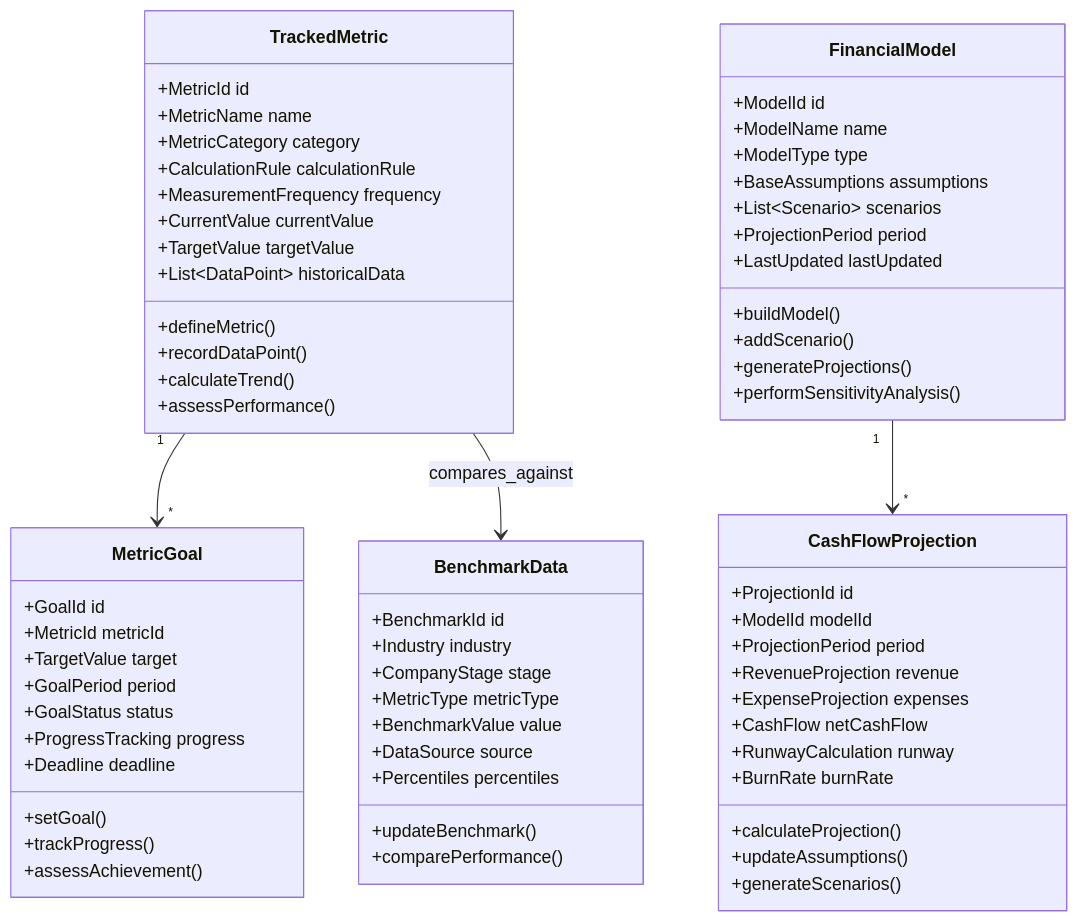
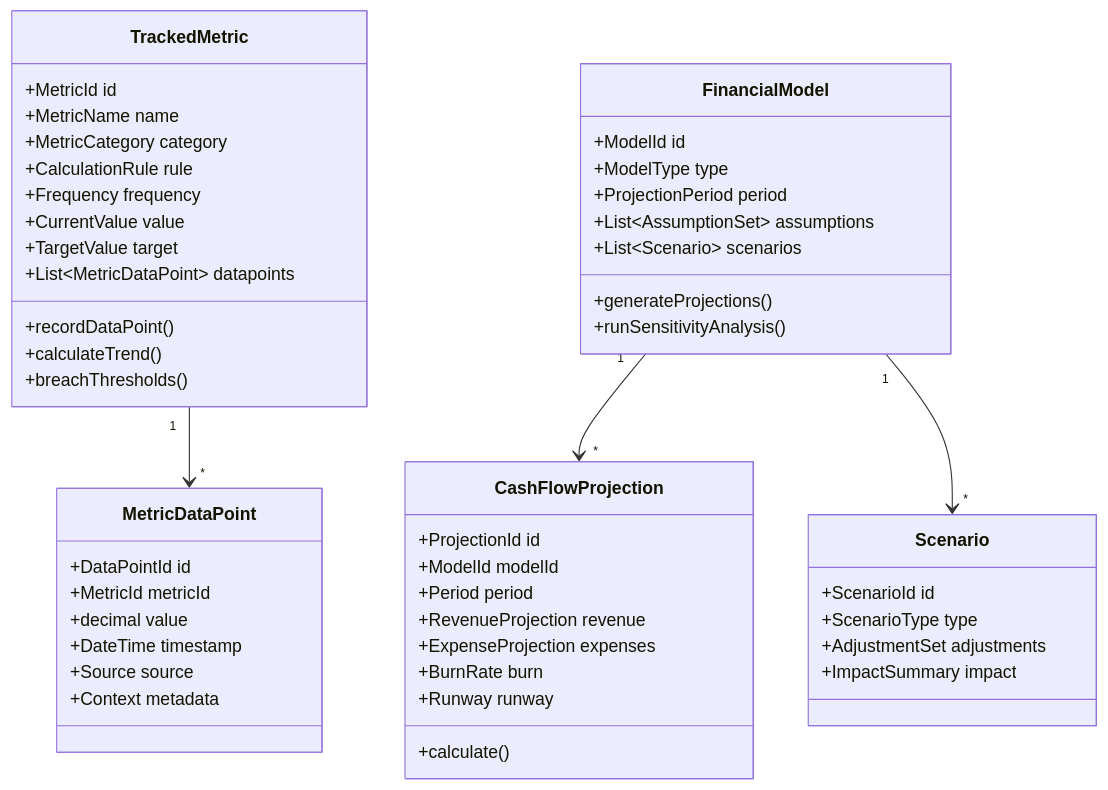
Before and after one commit to anuj-noumena/nouassist: the sixth of 32 diagrams in Docs/Requirement/DomainSpecification/StartupEntrepreneurship.md, drawn with Mermaid. The commit also changed other lines of this file and 134 other files, not shown here.

````diff
--- a/Docs/Requirement/DomainSpecification/StartupEntrepreneurship.md
+++ b/Docs/Requirement/DomainSpecification/StartupEntrepreneurship.md
@@ -699,74 +3969,57 @@
 ```mermaid
 classDiagram
     class TrackedMetric {
         +MetricId id
         +MetricName name
         +MetricCategory category
-        +CalculationRule calculationRule
-        +MeasurementFrequency frequency
-        +CurrentValue currentValue
-        +TargetValue targetValue
-        +List~DataPoint~ historicalData
-        +defineMetric()
+        +CalculationRule rule
+        +Frequency frequency
+        +CurrentValue value
+        +TargetValue target
+        +List~MetricDataPoint~ datapoints
         +recordDataPoint()
         +calculateTrend()
-        +assessPerformance()
+        +breachThresholds()
     }
-    
+
+    class MetricDataPoint {
+        +DataPointId id
+        +MetricId metricId
+        +decimal value
+        +DateTime timestamp
+        +Source source
+        +Context metadata
+    }
+
     class FinancialModel {
         +ModelId id
-        +ModelName name
         +ModelType type
-        +BaseAssumptions assumptions
+        +ProjectionPeriod period
+        +List~AssumptionSet~ assumptions
         +List~Scenario~ scenarios
-        +ProjectionPeriod period
-        +LastUpdated lastUpdated
-        +buildModel()
-        +addScenario()
         +generateProjections()
-        +performSensitivityAnalysis()
+        +runSensitivityAnalysis()
     }
-    
-    class MetricGoal {
-        +GoalId id
-        +MetricId metricId
-        +TargetValue target
-        +GoalPeriod period
-        +GoalStatus status
-        +ProgressTracking progress
-        +Deadline deadline
-        +setGoal()
-        +trackProgress()
-        +assessAchievement()
-    }
-    
+
     class CashFlowProjection {
         +ProjectionId id
         +ModelId modelId
-        +ProjectionPeriod period
+        +Period period
         +RevenueProjection revenue
         +ExpenseProjection expenses
-        +CashFlow netCashFlow
-        +RunwayCalculation runway
-        +BurnRate burnRate
-        +calculateProjection()
-        +updateAssumptions()
-        +generateScenarios()
-    }
-    
-    class BenchmarkData {
-        +BenchmarkId id
-        +Industry industry
-        +CompanyStage stage
-        +MetricType metricType
-        +BenchmarkValue value
-        +DataSource source
-        +Percentiles percentiles
-        +updateBenchmark()
-        +comparePerformance()
+        +BurnRate burn
+        +Runway runway
+        +calculate()
     }
 
-    TrackedMetric "1" --> "*" MetricGoal
+    class Scenario {
+        +ScenarioId id
+        +ScenarioType type
+        +AdjustmentSet adjustments
+        +ImpactSummary impact
+    }
+
+    TrackedMetric "1" --> "*" MetricDataPoint
     FinancialModel "1" --> "*" CashFlowProjection
-    TrackedMetric --> BenchmarkData : compares_against
+    FinancialModel "1" --> "*" Scenario
 ```
````
